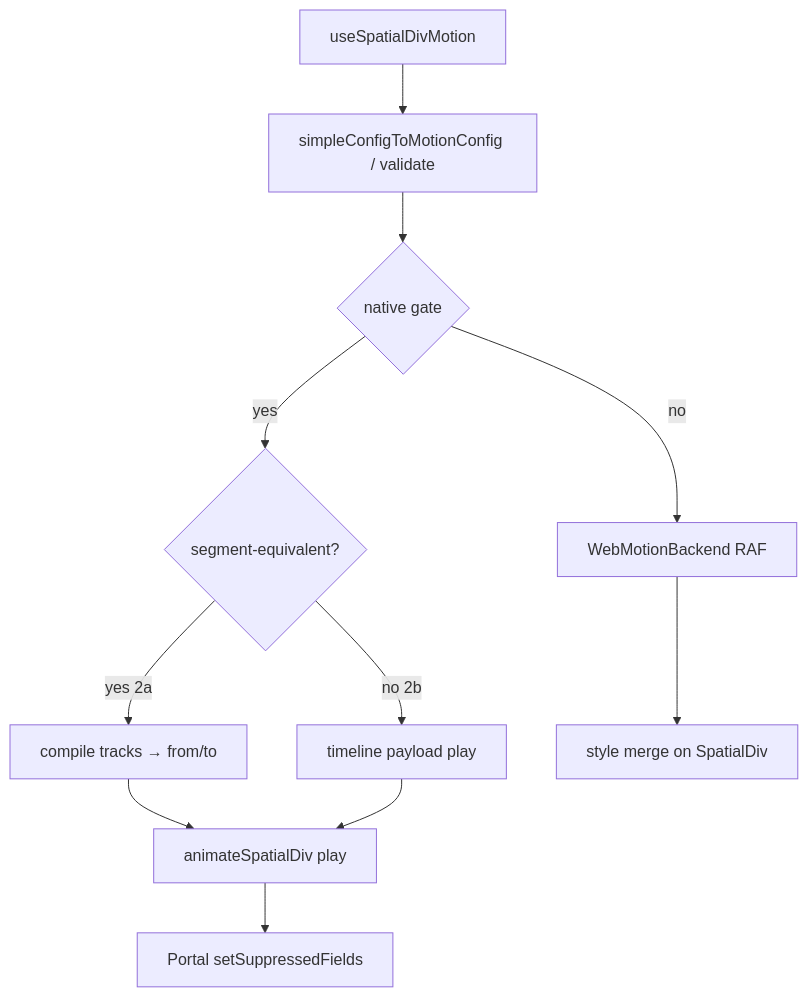
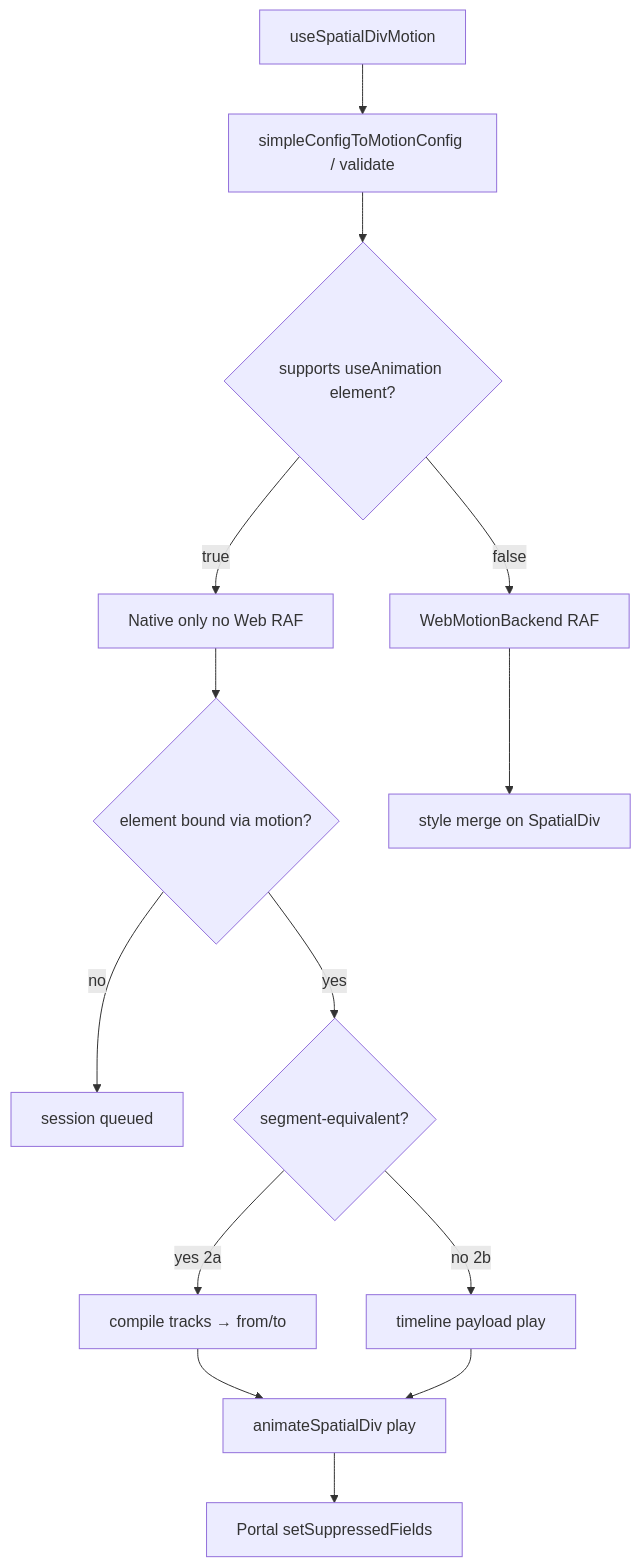
Before and after one commit to webspatial/webspatial-sdk: the diagram in openspec/changes/spatial-div-motion-api/PHASE2-MINIMAL-NATIVE.md, drawn with Mermaid. The commit also changed other lines of this file and 7 other files, not shown here.

First line of the commit message:
Align motion docs and demos with canonical spec and native-only playback.

````diff
--- a/openspec/changes/spatial-div-motion-api/PHASE2-MINIMAL-NATIVE.md
+++ b/openspec/changes/spatial-div-motion-api/PHASE2-MINIMAL-NATIVE.md
@@ -22,14 +22,17 @@
 ```mermaid
 flowchart TD
   Hook[useSpatialDivMotion]
   Hook --> Norm[simpleConfigToMotionConfig / validate]
-  Norm --> Pick{native gate}
-  Pick -->|no| Web[WebMotionBackend RAF]
-  Pick -->|yes| Seg{segment-equivalent?}
+  Norm --> Pick{supports useAnimation element?}
+  Pick -->|false| Web[WebMotionBackend RAF]
+  Pick -->|true| Native[Native only no Web RAF]
+  Native --> Bind{element bound via motion?}
+  Bind -->|no| Queued[session queued]
+  Bind -->|yes| Seg{segment-equivalent?}
   Seg -->|yes 2a| SegPlay[compile tracks → from/to]
   Seg -->|no 2b| TlPlay[timeline payload play]
   SegPlay --> Bridge[animateSpatialDiv play]
   TlPlay --> Bridge
   Bridge --> Suppress[Portal setSuppressedFields]
   Web --> DOM[style merge on SpatialDiv]
 ```
````
